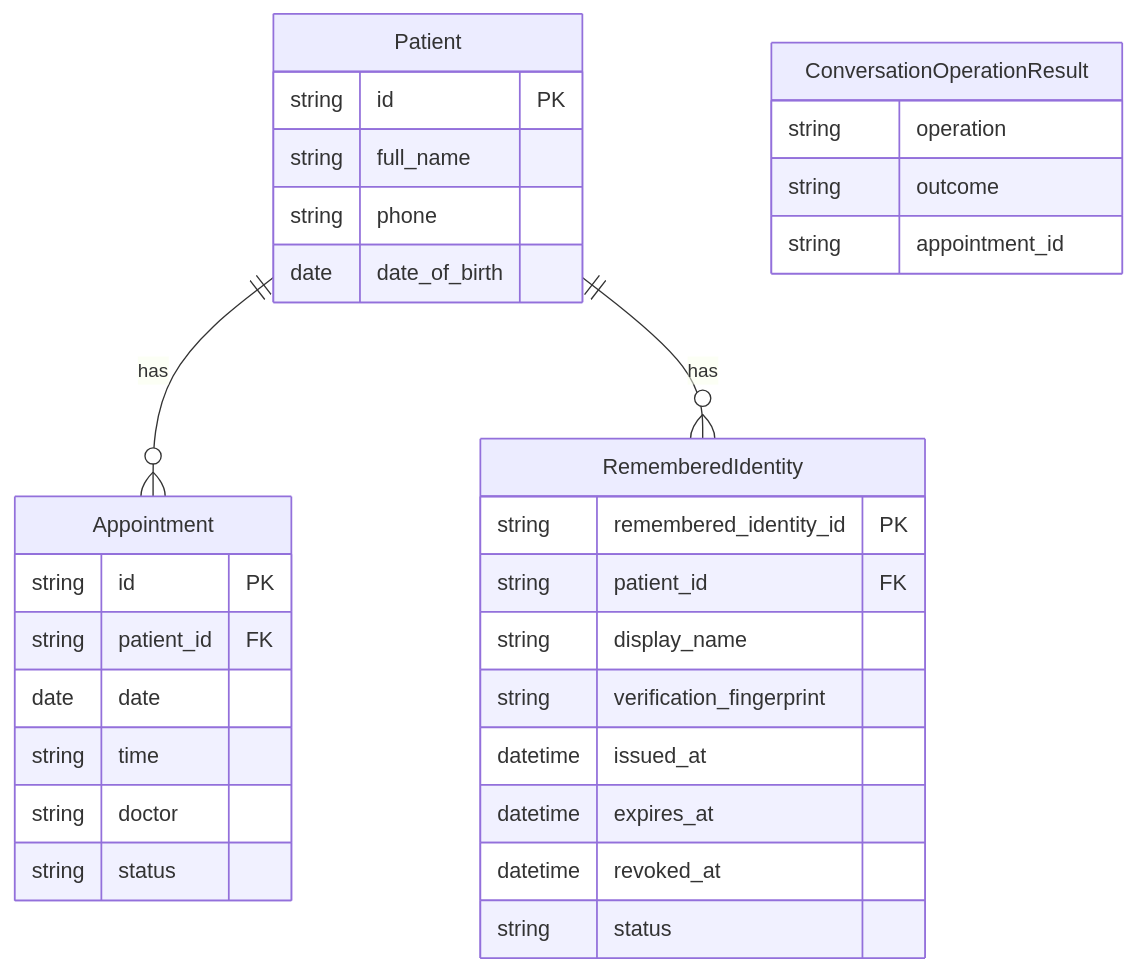
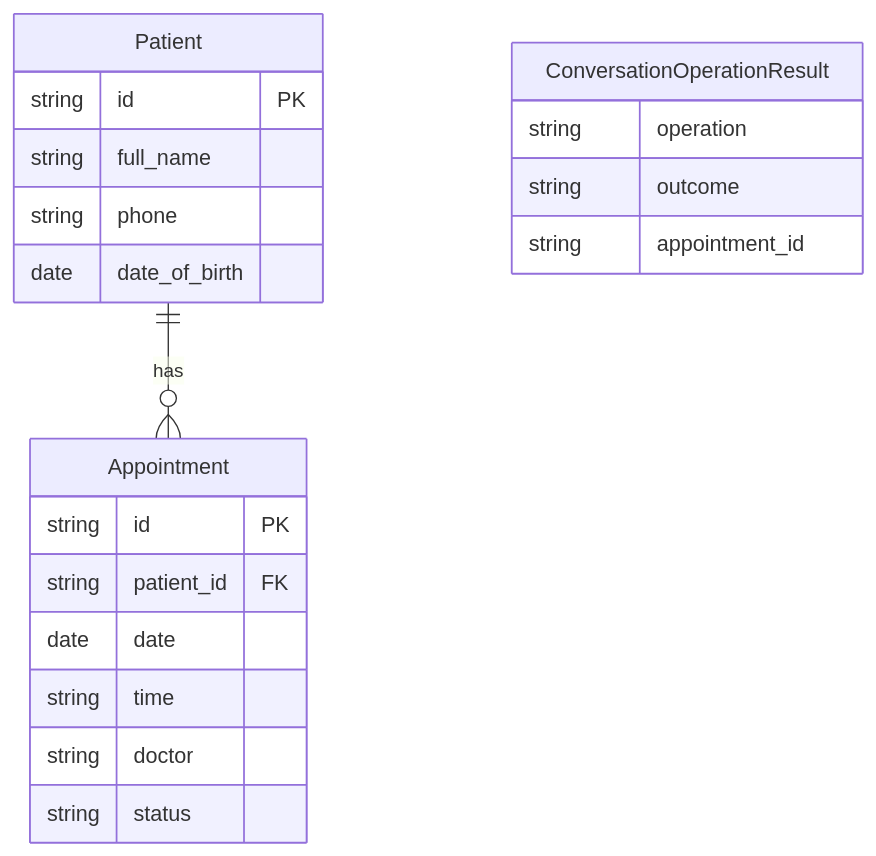
One commit to ktakanopy/appointment-bot changed the first of 2 diagrams in docs/data-model.md. Above: the diagram before and after it, drawn with Mermaid. The commit also changed other lines of this file and 47 other files, not shown here.

First line of the commit message:
Remove remembered identity from delivered scope

````diff
--- a/docs/data-model.md
+++ b/docs/data-model.md
@@ -5,34 +5,23 @@
 ```mermaid
 erDiagram
     Patient ||--o{ Appointment : has
-    Patient ||--o{ RememberedIdentity : has
     Patient {
         string id PK
         string full_name
         string phone
         date date_of_birth
     }
     Appointment {
         string id PK
         string patient_id FK
         date date
         string time
         string doctor
         string status
     }
-    RememberedIdentity {
-        string remembered_identity_id PK
-        string patient_id FK
-        string display_name
-        string verification_fingerprint
-        datetime issued_at
-        datetime expires_at
-        datetime revoked_at
-        string status
-    }
     ConversationOperationResult {
         string operation
         string outcome
         string appointment_id
     }
 ```
````
